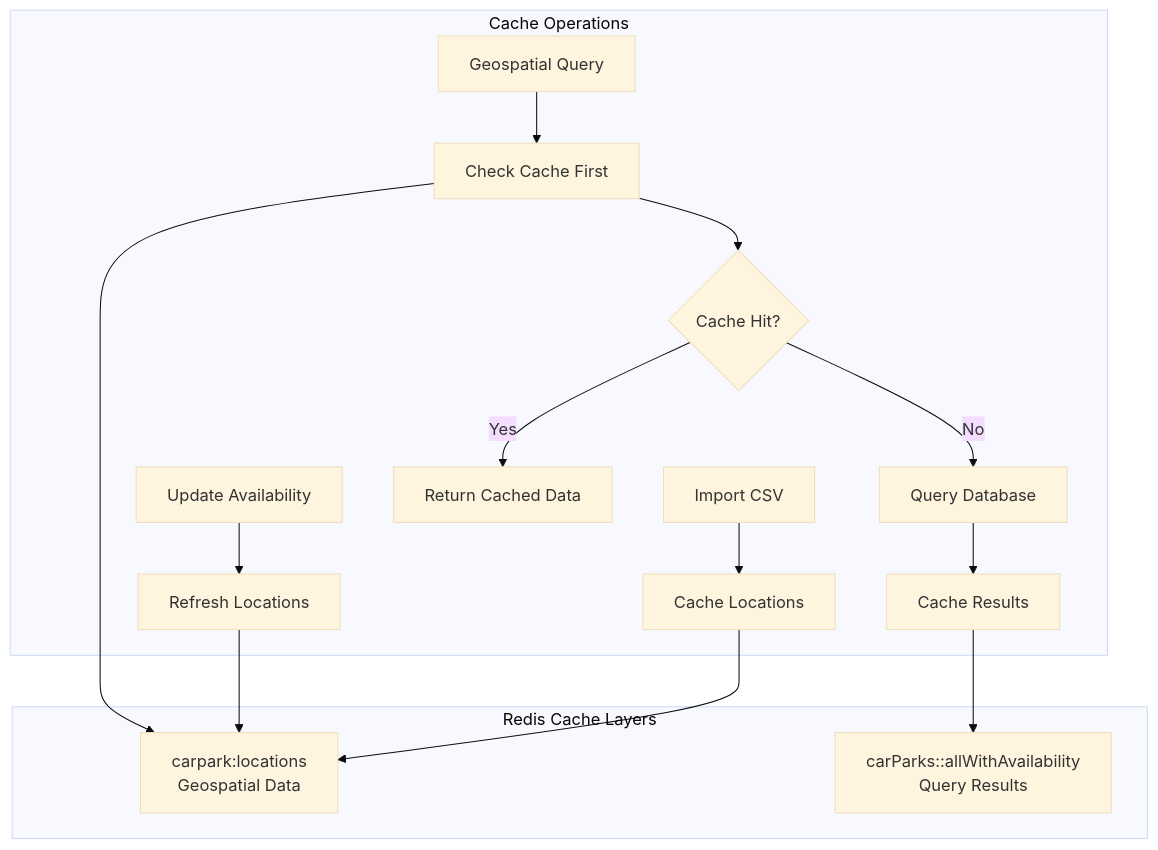
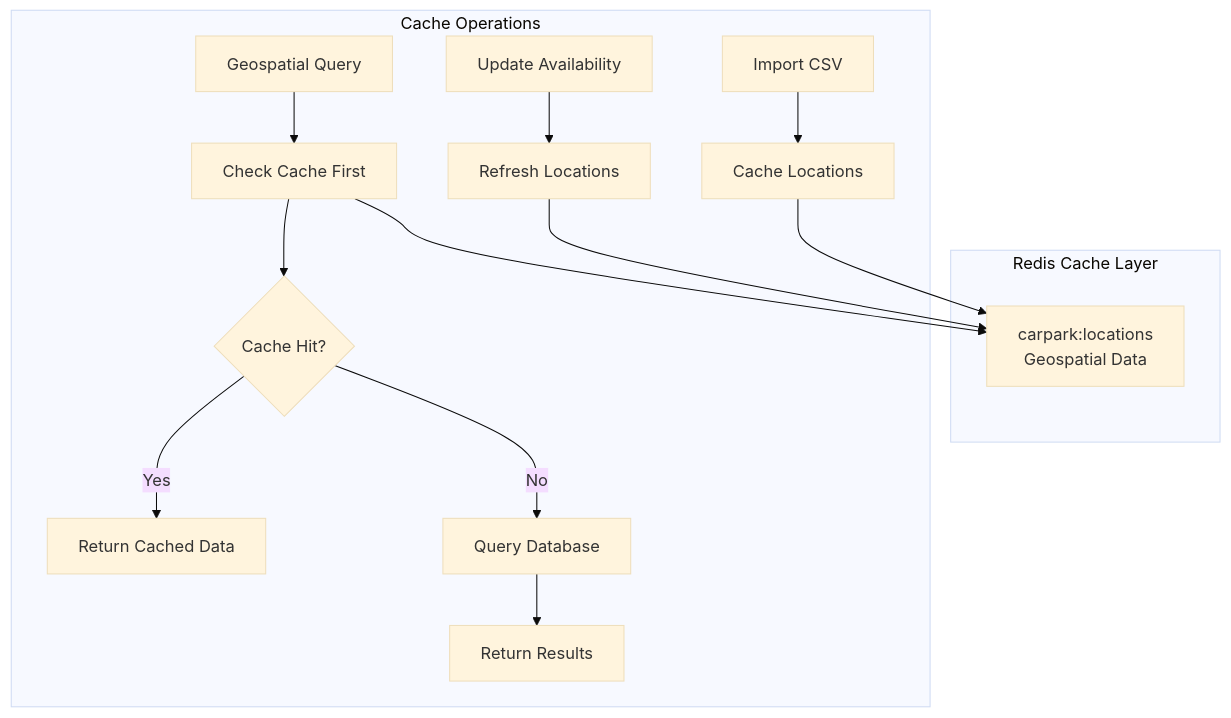
The fifth of 7 diagrams in README.MD (jacksonfernando/carpark), drawn with Mermaid (base theme) before and after one commit. The commit also changed other lines of this file and 10 other files, not shown here.

````diff
--- a/README.MD
+++ b/README.MD
@@ -175,22 +175,20 @@
 ```mermaid
 graph TD
-    subgraph "Redis Cache Layers"
+    subgraph "Redis Cache Layer"
         A[carpark:locations<br/>Geospatial Data]
-        B[carParks::allWithAvailability<br/>Query Results]
     end
 
     subgraph "Cache Operations"
         C[Import CSV] --> D[Cache Locations]
         E[Update Availability] --> F[Refresh Locations]
         G[Geospatial Query] --> H[Check Cache First]
         H --> I{Cache Hit?}
         I -->|Yes| J[Return Cached Data]
         I -->|No| K[Query Database]
-        K --> L[Cache Results]
+        K --> L[Return Results]
     end
 
     D --> A
     F --> A
     H --> A
-    L --> B
 ```
````
